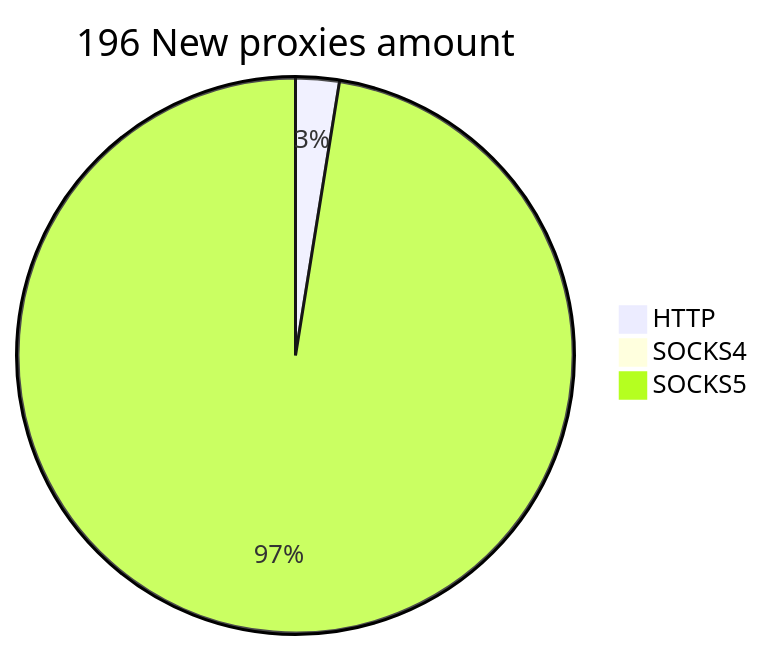
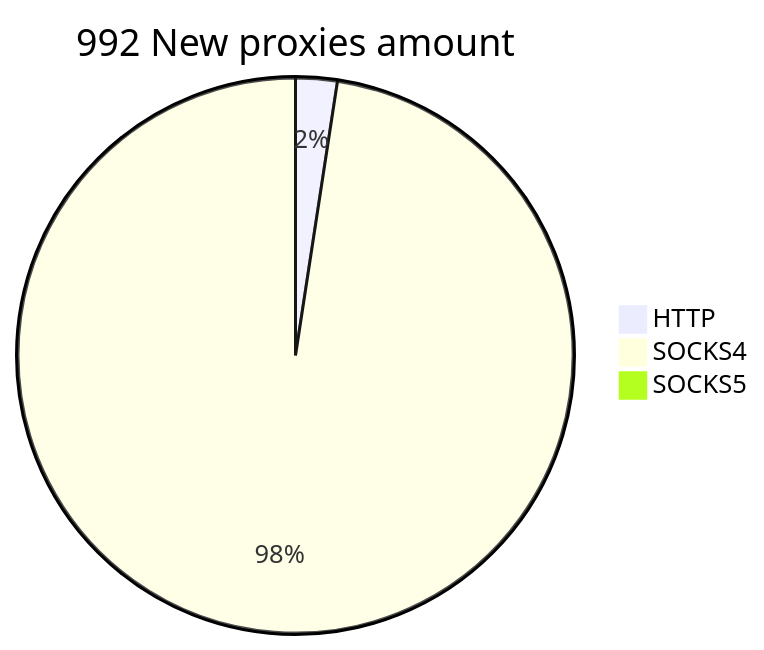
Before and after one commit to cutipu/proxylist: the second of 2 diagrams in README.md, drawn with Mermaid. The commit also changed other lines of this file, not shown here.

````diff
--- a/README.md
+++ b/README.md
@@ -10,6 +10,6 @@
 ```mermaid
-pie title 196 New proxies amount
-    "HTTP" : 5
-    "SOCKS4" : 0
-    "SOCKS5" : 192
+pie title 992 New proxies amount
+    "HTTP" : 24
+    "SOCKS4" : 968
+    "SOCKS5" : 0
 ```
````
